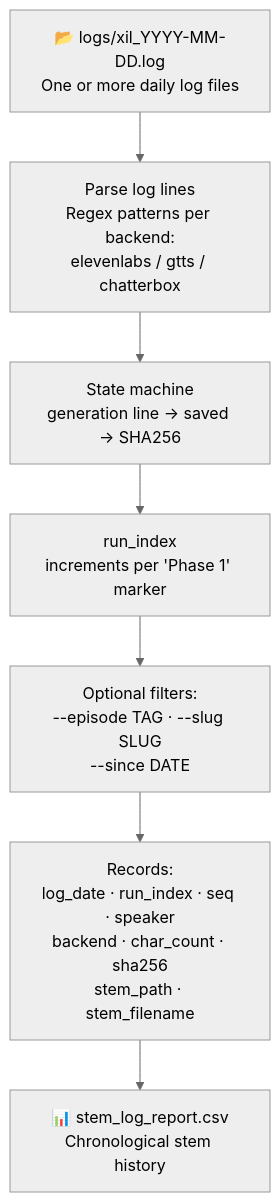
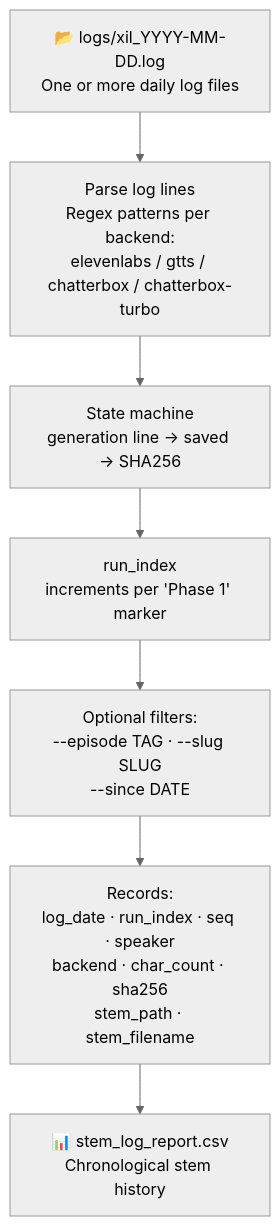
Before and after one commit to xilcmd/xil-pipeline: diagram 16 of 33 in docs/pipeline.md, drawn with Mermaid (neutral theme). The commit also changed other lines of this file and 15 other files, not shown here.

First line of the commit message:
feat(tts): add Chatterbox Turbo backend — native paralinguistic tags (#36)

````diff
--- a/docs/pipeline.md
+++ b/docs/pipeline.md
@@ -1081,23 +1123,23 @@
 ```mermaid
 flowchart TD
     LOGS["`📂 logs/xil_YYYY-MM-DD.log
     One or more daily log files`"]
     PARSE["`Parse log lines
     Regex patterns per backend:
-    elevenlabs / gtts / chatterbox`"]
+    elevenlabs / gtts / chatterbox / chatterbox-turbo`"]
     STATE["`State machine
     generation line → saved → SHA256`"]
     RUNIDX["`run_index
     increments per 'Phase 1' marker`"]
     FILTER["`Optional filters:
     --episode TAG · --slug SLUG
     --since DATE`"]
     RECORDS["`Records:
     log_date · run_index · seq · speaker
     backend · char_count · sha256
     stem_path · stem_filename`"]
     CSV["`📊 stem_log_report.csv
     Chronological stem history`"]
 
     LOGS --> PARSE --> STATE --> RUNIDX --> FILTER --> RECORDS --> CSV
 ```
````
